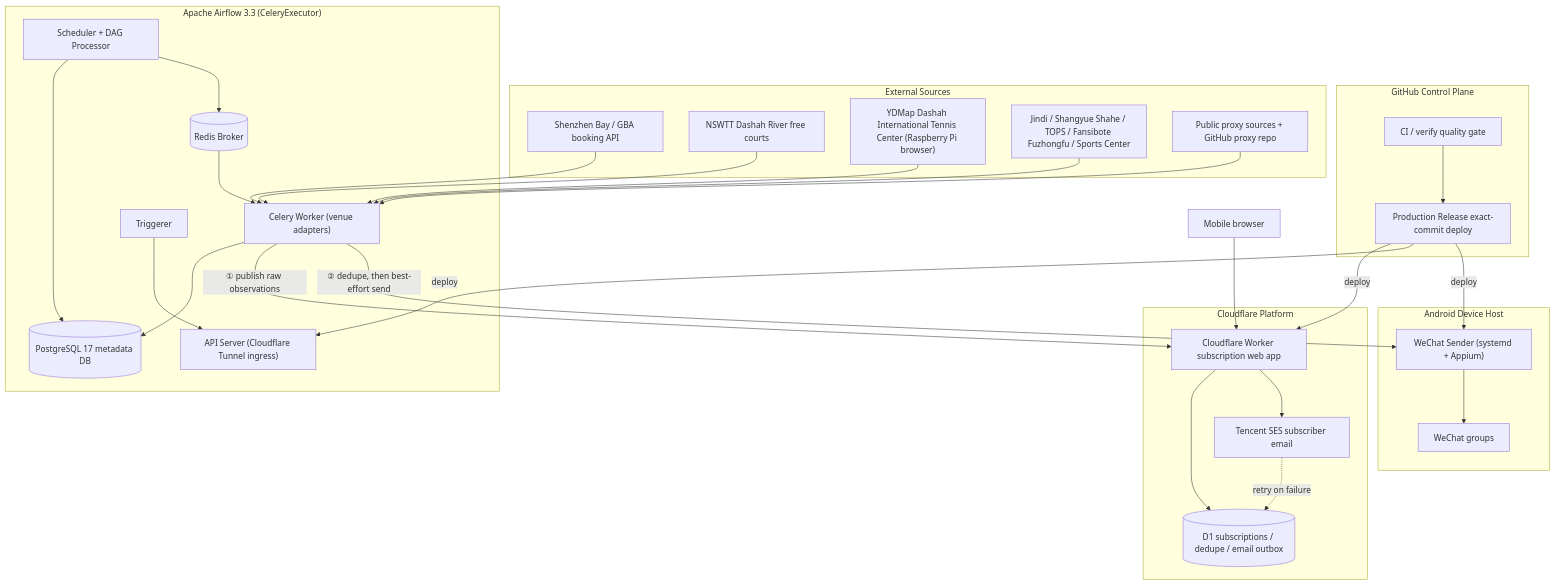
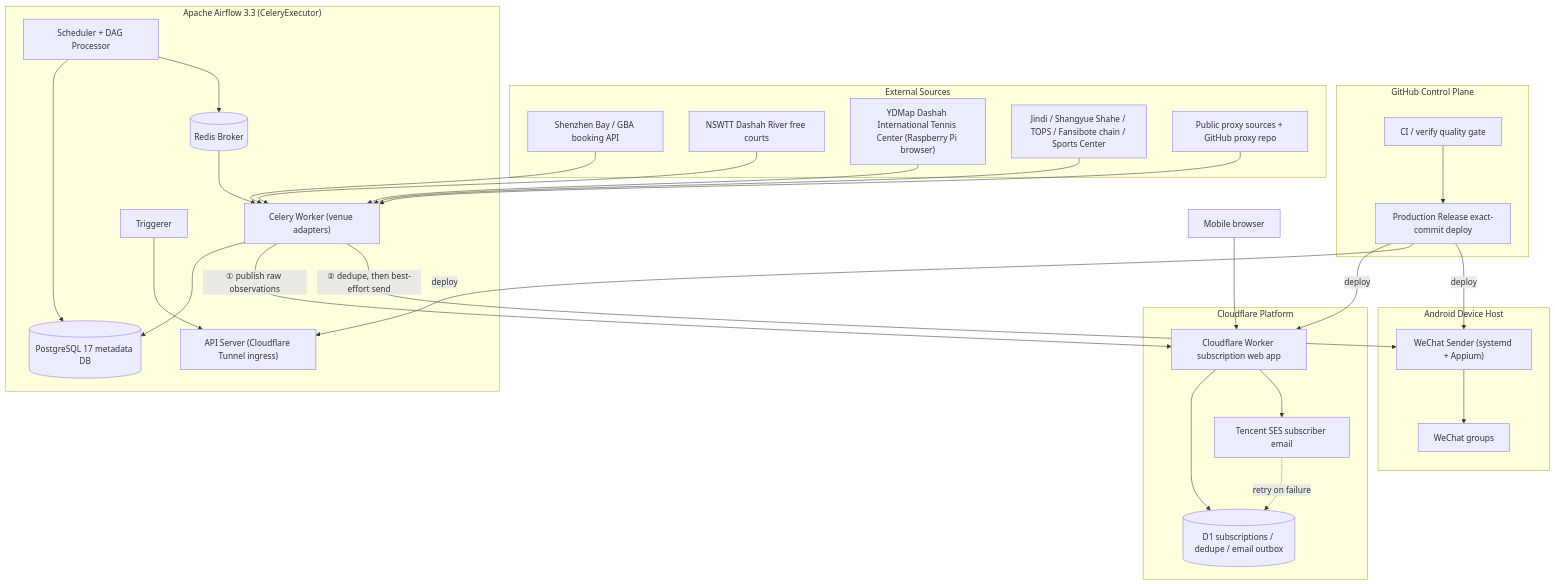
The diagram in README.en.md (claude89757/wechat-on-airflow), drawn with Mermaid before and after one commit. The commit also changed other lines of this file and 30 other files, not shown here.

````diff
--- a/README.en.md
+++ b/README.en.md
@@ -24,60 +24,60 @@
 ```mermaid
 flowchart TB
     subgraph control["GitHub Control Plane"]
         CI["CI / verify quality gate"]
         Release["Production Release exact-commit deploy"]
         CI --> Release
     end
 
     subgraph sources["External Sources"]
         SZ["Shenzhen Bay / GBA booking API"]
         NSWTT["NSWTT Dashah River free courts"]
         YDMAP["YDMap Dashah International Tennis Center (Raspberry Pi browser)"]
-        VENUES["Jindi / Shangyue Shahe / TOPS / Fansibote Fuzhongfu / Sports Center"]
+        VENUES["Jindi / Shangyue Shahe / TOPS / Fansibote chain / Sports Center"]
         PROXY["Public proxy sources + GitHub proxy repo"]
     end
 
     subgraph airflow["Apache Airflow 3.3 (CeleryExecutor)"]
         Scheduler["Scheduler + DAG Processor"]
         Worker["Celery Worker (venue adapters)"]
         Triggerer["Triggerer"]
         DB[("PostgreSQL 17 metadata DB")]
         Redis[("Redis Broker")]
         ApiSrv["API Server (Cloudflare Tunnel ingress)"]
         Scheduler --> DB
         Scheduler --> Redis
         Redis --> Worker
         Worker --> DB
         Triggerer --> ApiSrv
     end
 
     subgraph cf["Cloudflare Platform"]
         WebApp["Cloudflare Worker subscription web app"]
         D1[("D1 subscriptions / dedupe / email outbox")]
         SES["Tencent SES subscriber email"]
         WebApp --> D1
         WebApp --> SES
         SES -. retry on failure .-> D1
     end
 
     subgraph android["Android Device Host"]
         Sender["WeChat Sender (systemd + Appium)"]
         Chat["WeChat groups"]
         Sender --> Chat
     end
 
     Browser["Mobile browser"] --> WebApp
 
     SZ --> Worker
     NSWTT --> Worker
     YDMAP --> Worker
     VENUES --> Worker
     PROXY --> Worker
 
     Worker -->|"① publish raw observations"| WebApp
     Worker -->|"② dedupe, then best-effort send"| Sender
 
     Release -->|"deploy"| WebApp
     Release -->|"deploy"| ApiSrv
     Release -->|"deploy"| Sender
 ```
````
